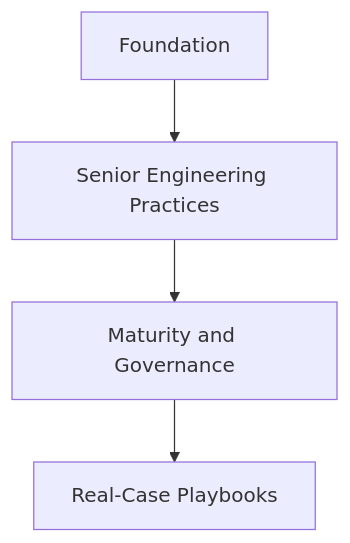
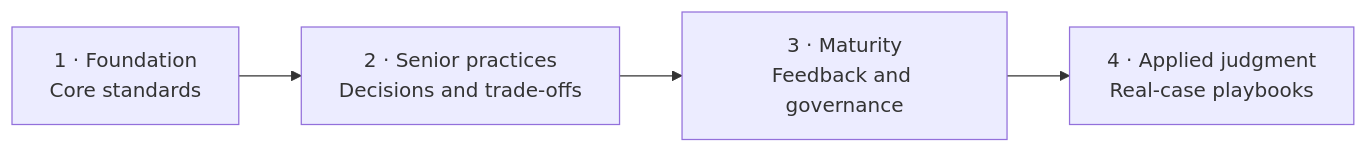
Before and after one commit to ChuanGz/engineering-playbook: the second of 2 diagrams in README.md, drawn with Mermaid. The commit also changed other lines of this file, not shown here.

````diff
--- a/README.md
+++ b/README.md
@@ -39,6 +87,6 @@
 ```mermaid
-flowchart TD
-    A["Foundation"] --> B["Senior Engineering Practices"]
-    B --> C["Maturity and Governance"]
-    C --> D["Real-Case Playbooks"]
+flowchart LR
+    M1["1 · Foundation<br/>Core standards"] --> M2["2 · Senior practices<br/>Decisions and trade-offs"]
+    M2 --> M3["3 · Maturity<br/>Feedback and governance"]
+    M3 --> M4["4 · Applied judgment<br/>Real-case playbooks"]
 ```
````
